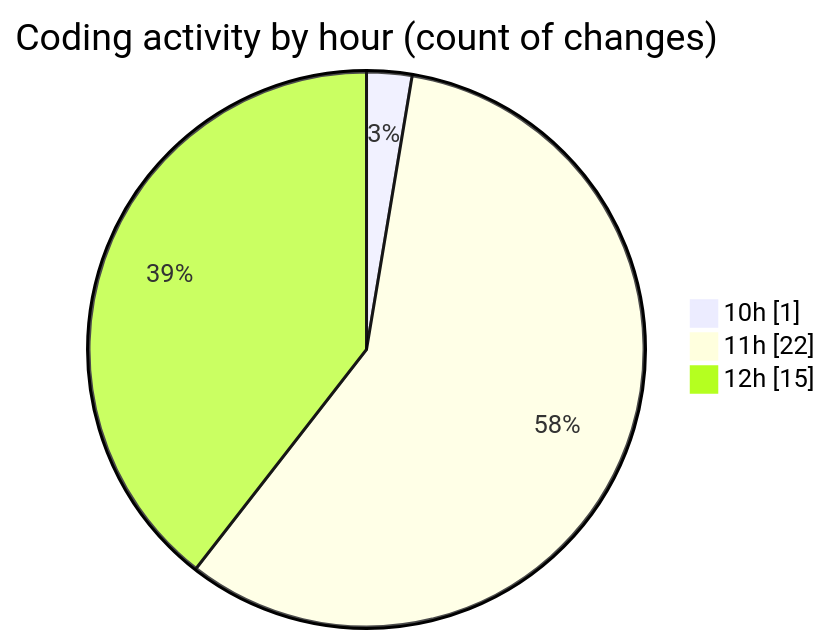
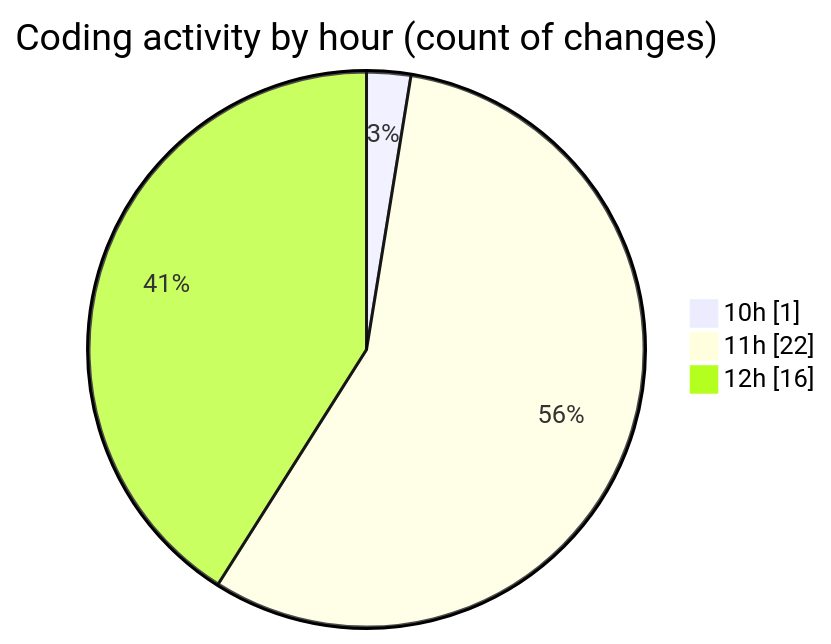
One commit to nxtqubesakshisongat/code-tracking changed the second of 2 diagrams in 2026-03-30/nxtqube_webapp/README.md. Above: the diagram before and after it, drawn with Mermaid. The commit also changed other lines of this file and 1 other file, not shown here.

````diff
--- a/2026-03-30/nxtqube_webapp/README.md
+++ b/2026-03-30/nxtqube_webapp/README.md
@@ -30,7 +30,7 @@
 ```mermaid
 pie showData
 title Coding activity by hour (count of changes)
 "10h" : 1
 "11h" : 22
-"12h" : 15
+"12h" : 16
 ```
````
